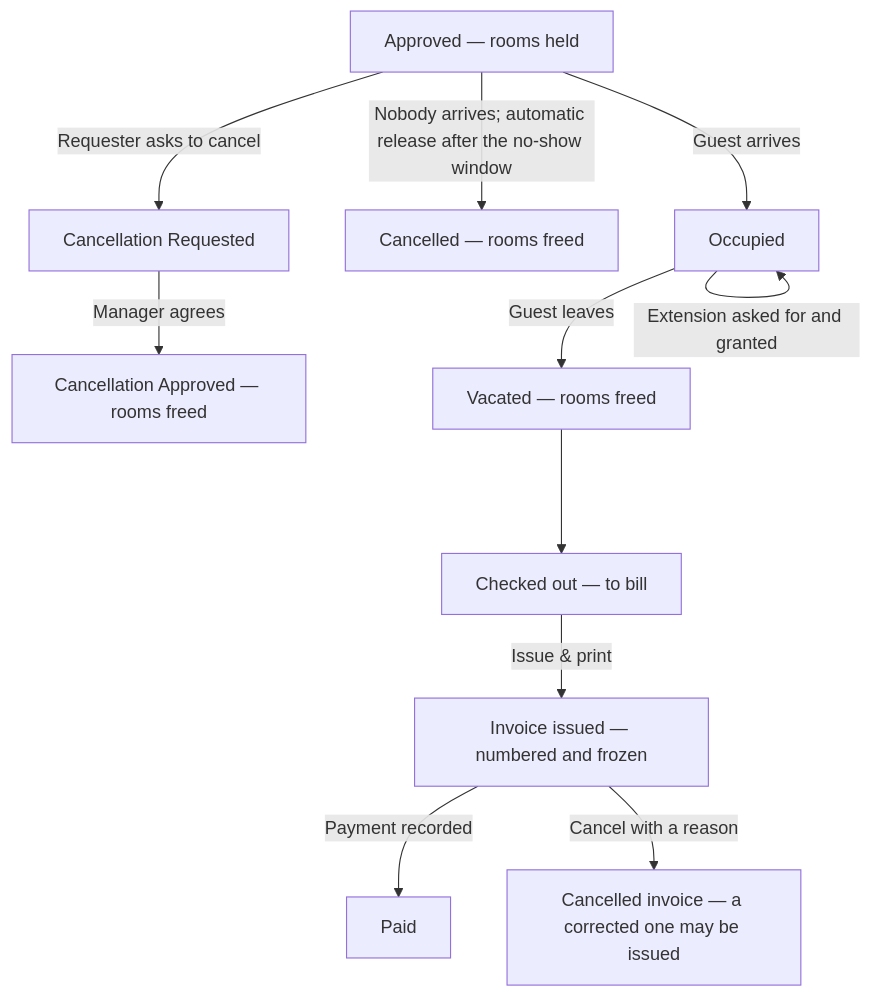
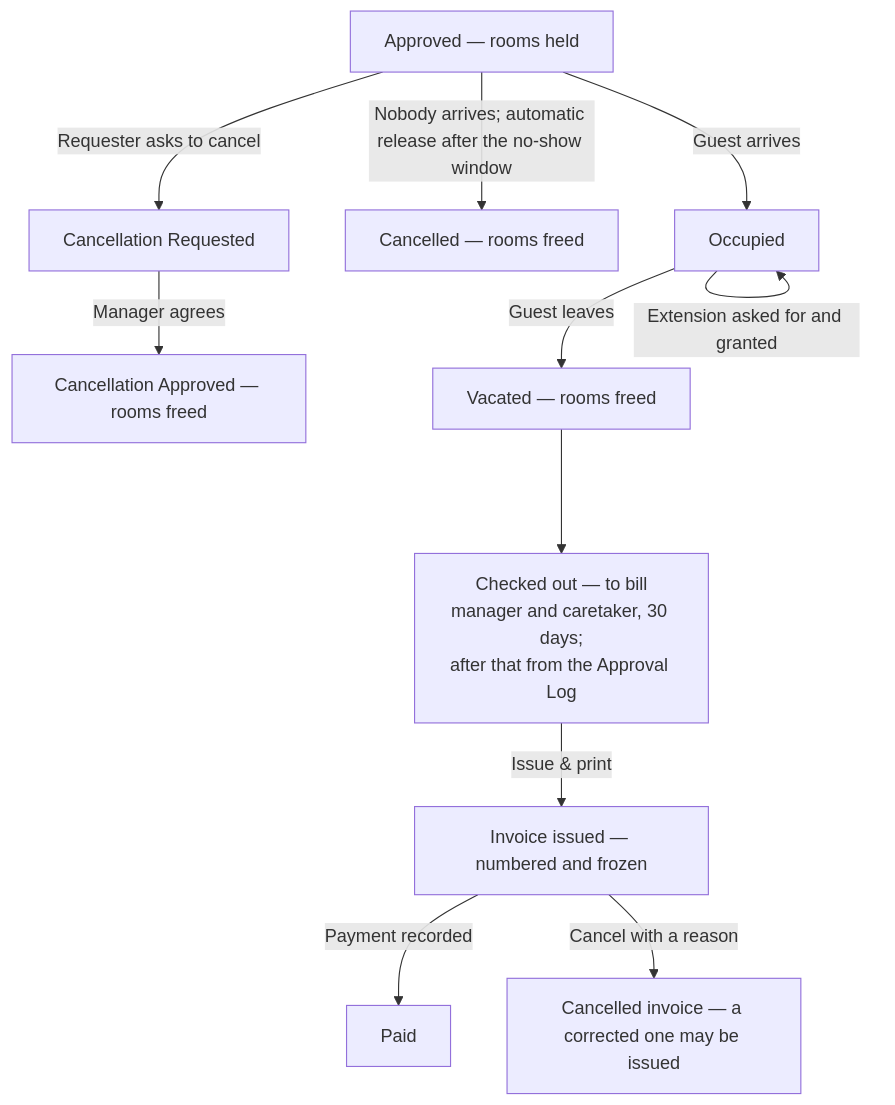
The seventh of 7 diagrams in .memories/13-workflows.md (DevMittal09/GuestHouseIIT), drawn with Mermaid before and after one commit. The commit also changed other lines of this file and 61 other files, not shown here.

````diff
--- a/.memories/13-workflows.md
+++ b/.memories/13-workflows.md
@@ -134,13 +142,13 @@
 ```mermaid
 flowchart TD
   AP[Approved — rooms held] -->|Guest arrives| O[Occupied]
   AP -->|Nobody arrives; automatic release after the no-show window| CAN[Cancelled — rooms freed]
   AP -->|Requester asks to cancel| CR[Cancellation Requested]
   CR -->|Manager agrees| CA[Cancellation Approved — rooms freed]
   O -->|Guest leaves| V[Vacated — rooms freed]
   O -->|Extension asked for and granted| O
-  V --> B[Checked out — to bill]
+  V --> B[Checked out — to bill<br/>manager and caretaker, 30 days;<br/>after that from the Approval Log]
   B -->|Issue & print| ISS[Invoice issued — numbered and frozen]
   ISS -->|Payment recorded| PAID[Paid]
   ISS -->|Cancel with a reason| CANC[Cancelled invoice — a corrected one may be issued]
 ```
````
